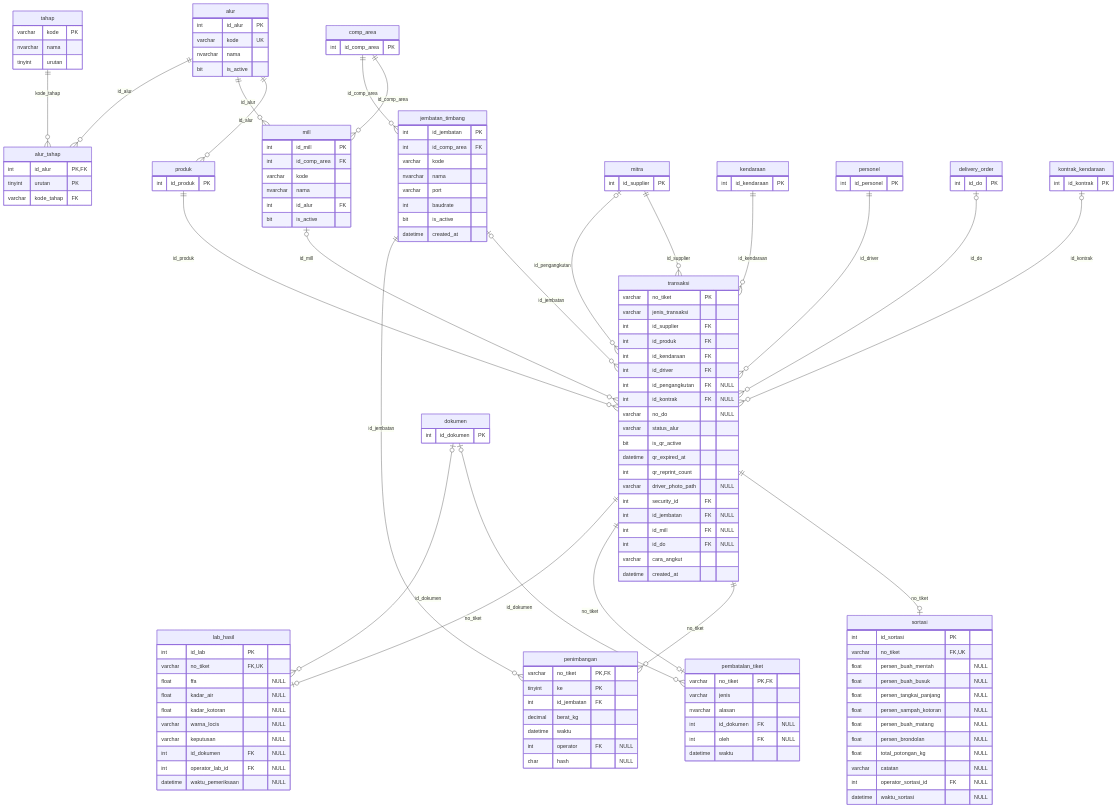
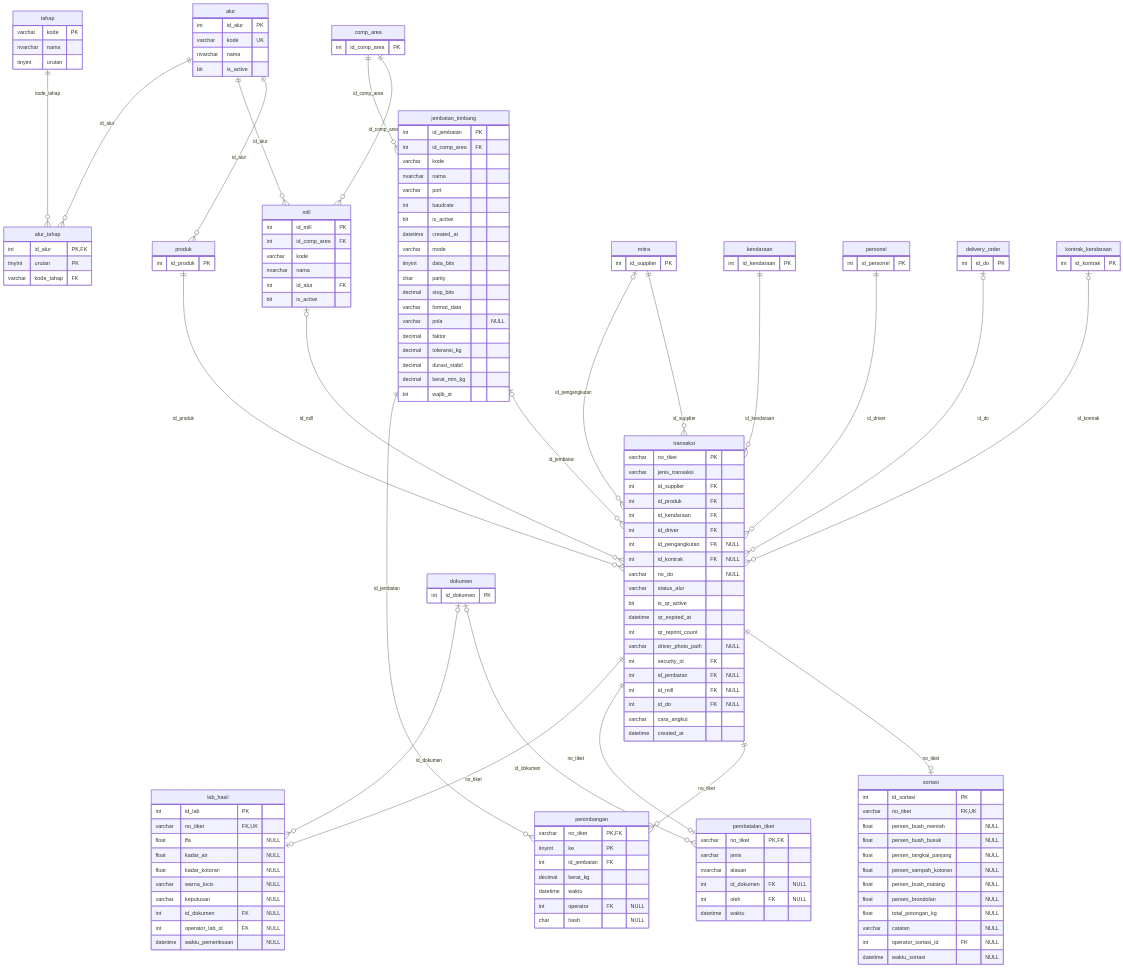
Before and after one commit to aetheriin/timbangan_sawit_v2: the diagram in docs/erd/04_proses_tiket.mmd, drawn with Mermaid. The commit also changed 33 other files, not shown here.

```diff
--- a/docs/erd/04_proses_tiket.mmd
+++ b/docs/erd/04_proses_tiket.mmd
@@ -1,146 +1,157 @@
 erDiagram
     transaksi {
         varchar no_tiket PK
         varchar jenis_transaksi
         int id_supplier FK
         int id_produk FK
         int id_kendaraan FK
         int id_driver FK
         int id_pengangkutan FK "NULL"
         int id_kontrak FK "NULL"
         varchar no_do "NULL"
         varchar status_alur
         bit is_qr_active
         datetime qr_expired_at
         int qr_reprint_count
         varchar driver_photo_path "NULL"
         int security_id FK
         int id_jembatan FK "NULL"
         int id_mill FK "NULL"
         int id_do FK "NULL"
         varchar cara_angkut
         datetime created_at
     }
     tahap {
         varchar kode PK
         nvarchar nama
         tinyint urutan
     }
     alur {
         int id_alur PK
         varchar kode UK
         nvarchar nama
         bit is_active
     }
     alur_tahap {
         int id_alur PK,FK
         tinyint urutan PK
         varchar kode_tahap FK
     }
     mill {
         int id_mill PK
         int id_comp_area FK
         varchar kode
         nvarchar nama
         int id_alur FK
         bit is_active
     }
     comp_area {
         int id_comp_area PK
     }
     jembatan_timbang {
         int id_jembatan PK
         int id_comp_area FK
         varchar kode
         nvarchar nama
         varchar port
         int baudrate
         bit is_active
         datetime created_at
+        varchar mode
+        tinyint data_bits
+        char parity
+        decimal stop_bits
+        varchar format_data
+        varchar pola "NULL"
+        decimal faktor
+        decimal toleransi_kg
+        decimal durasi_stabil
+        decimal berat_min_kg
+        bit wajib_st
     }
     penimbangan {
         varchar no_tiket PK,FK
         tinyint ke PK
         int id_jembatan FK
         decimal berat_kg
         datetime waktu
         int operator FK "NULL"
         char hash "NULL"
     }
     sortasi {
         int id_sortasi PK
         varchar no_tiket FK,UK
         float persen_buah_mentah "NULL"
         float persen_buah_busuk "NULL"
         float persen_tangkai_panjang "NULL"
         float persen_sampah_kotoran "NULL"
         float persen_buah_matang "NULL"
         float persen_brondolan "NULL"
         float total_potongan_kg "NULL"
         varchar catatan "NULL"
         int operator_sortasi_id FK "NULL"
         datetime waktu_sortasi "NULL"
     }
     lab_hasil {
         int id_lab PK
         varchar no_tiket FK,UK
         float ffa "NULL"
         float kadar_air "NULL"
         float kadar_kotoran "NULL"
         varchar warna_locis "NULL"
         varchar keputusan "NULL"
         int id_dokumen FK "NULL"
         int operator_lab_id FK "NULL"
         datetime waktu_pemeriksaan "NULL"
     }
     pembatalan_tiket {
         varchar no_tiket PK,FK
         varchar jenis
         nvarchar alasan
         int id_dokumen FK "NULL"
         int oleh FK "NULL"
         datetime waktu
     }
     produk {
         int id_produk PK
     }
     mitra {
         int id_supplier PK
     }
     kendaraan {
         int id_kendaraan PK
     }
     personel {
         int id_personel PK
     }
     delivery_order {
         int id_do PK
     }
     kontrak_kendaraan {
         int id_kontrak PK
     }
     dokumen {
         int id_dokumen PK
     }
     alur ||--o{ alur_tahap : "id_alur"
     tahap ||--o{ alur_tahap : "kode_tahap"
     comp_area ||--o{ jembatan_timbang : "id_comp_area"
     dokumen |o--o{ lab_hasil : "id_dokumen"
     transaksi ||--o| lab_hasil : "no_tiket"
     alur ||--o{ mill : "id_alur"
     comp_area ||--o{ mill : "id_comp_area"
     dokumen |o--o{ pembatalan_tiket : "id_dokumen"
     transaksi ||--o| pembatalan_tiket : "no_tiket"
     jembatan_timbang ||--o{ penimbangan : "id_jembatan"
     transaksi ||--o{ penimbangan : "no_tiket"
     alur ||--o{ produk : "id_alur"
     transaksi ||--o| sortasi : "no_tiket"
     delivery_order |o--o{ transaksi : "id_do"
     personel ||--o{ transaksi : "id_driver"
     jembatan_timbang |o--o{ transaksi : "id_jembatan"
     kendaraan ||--o{ transaksi : "id_kendaraan"
     kontrak_kendaraan |o--o{ transaksi : "id_kontrak"
     mill |o--o{ transaksi : "id_mill"
     mitra |o--o{ transaksi : "id_pengangkutan"
     produk ||--o{ transaksi : "id_produk"
     mitra ||--o{ transaksi : "id_supplier"
```
